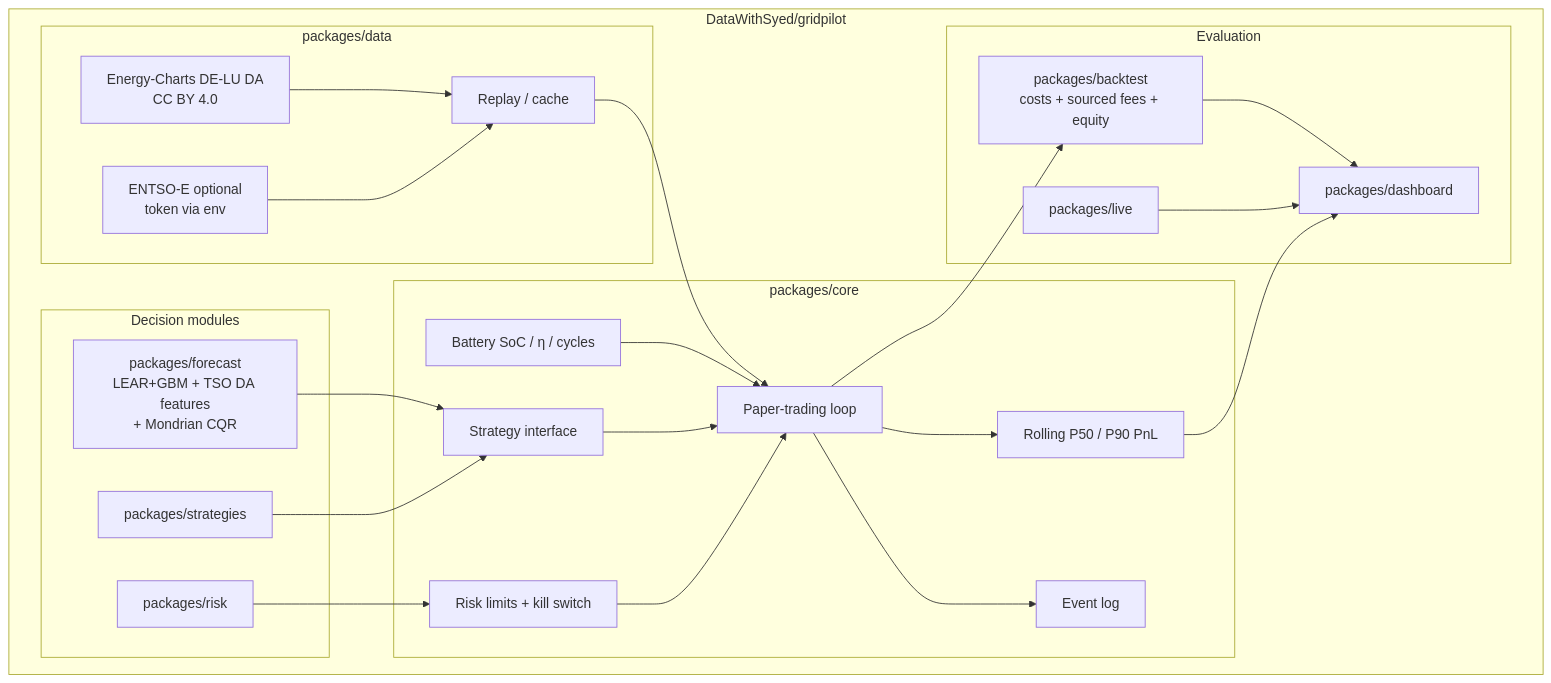
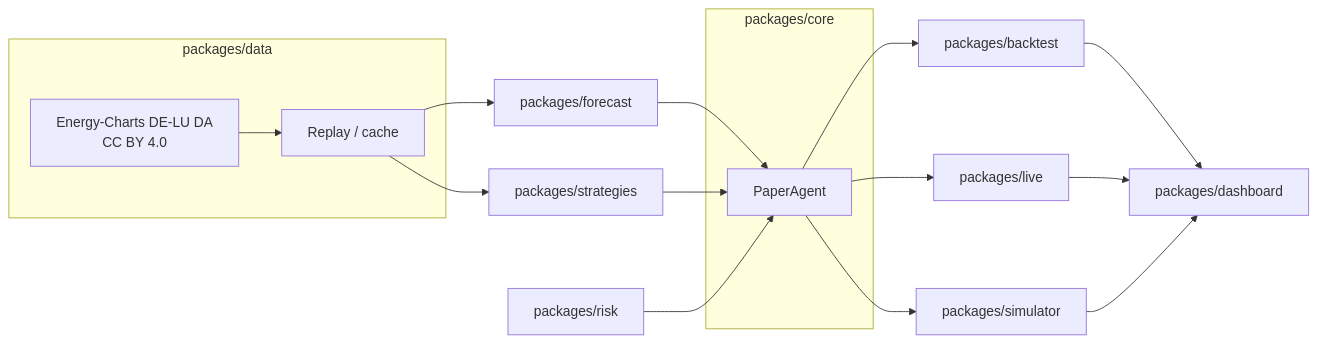
One commit to DataWithSyed/gridpilot changed the diagram in README.md. Above: the diagram before and after it, drawn with Mermaid. The commit also changed other lines of this file and 18 other files, not shown here.

First line of the commit message:
Add architecture, methodology, and results docs and a richer README.

````diff
--- a/README.md
+++ b/README.md
@@ -15,47 +19,29 @@
 ```mermaid
-flowchart TB
-  subgraph repo ["DataWithSyed/gridpilot"]
-    subgraph data ["packages/data"]
-      EC[Energy-Charts DE-LU DA<br/>CC BY 4.0]
-      ENTSO[ENTSO-E optional<br/>token via env]
-      Replay[Replay / cache]
-    end
-
-    subgraph core ["packages/core"]
-      Batt[Battery SoC / η / cycles]
-      StratIF[Strategy interface]
-      RiskCore[Risk limits + kill switch]
-      Paper[Paper-trading loop]
-      Pctl[Rolling P50 / P90 PnL]
-      Log[Event log]
-    end
-
-    subgraph brain [Decision modules]
-      FC["packages/forecast<br/>LEAR+GBM + TSO DA features<br/>+ Mondrian CQR"]
-      STR[packages/strategies]
-      RSK[packages/risk]
-    end
-
-    subgraph eval [Evaluation]
-      BT["packages/backtest<br/>costs + sourced fees + equity"]
-      UI[packages/dashboard]
-      LV[packages/live]
-    end
+flowchart LR
+  subgraph ingest ["packages/data"]
+    EC[Energy-Charts DE-LU DA<br/>CC BY 4.0]
+    RP[Replay / cache]
   end
 
-  EC --> Replay
-  ENTSO --> Replay
-  Replay --> Paper
-  Batt --> Paper
-  StratIF --> Paper
-  RiskCore --> Paper
-  Paper --> Log
-  Paper --> Pctl
-  FC --> StratIF
-  STR --> StratIF
-  RSK --> RiskCore
-  Paper --> BT
-  BT --> UI
-  Pctl --> UI
-  LV --> UI
+  FC[packages/forecast]
+  RK[packages/risk]
+  ST[packages/strategies]
+
+  subgraph runtime ["packages/core"]
+    PA[PaperAgent]
+  end
+
+  BT[packages/backtest]
+  LV[packages/live]
+  SIM[packages/simulator]
+  UI[packages/dashboard]
+
+  EC --> RP --> FC
+  RP --> ST
+  FC --> PA
+  ST --> PA
+  RK --> PA
+  PA --> BT --> UI
+  PA --> LV --> UI
+  PA --> SIM --> UI
 ```
````
